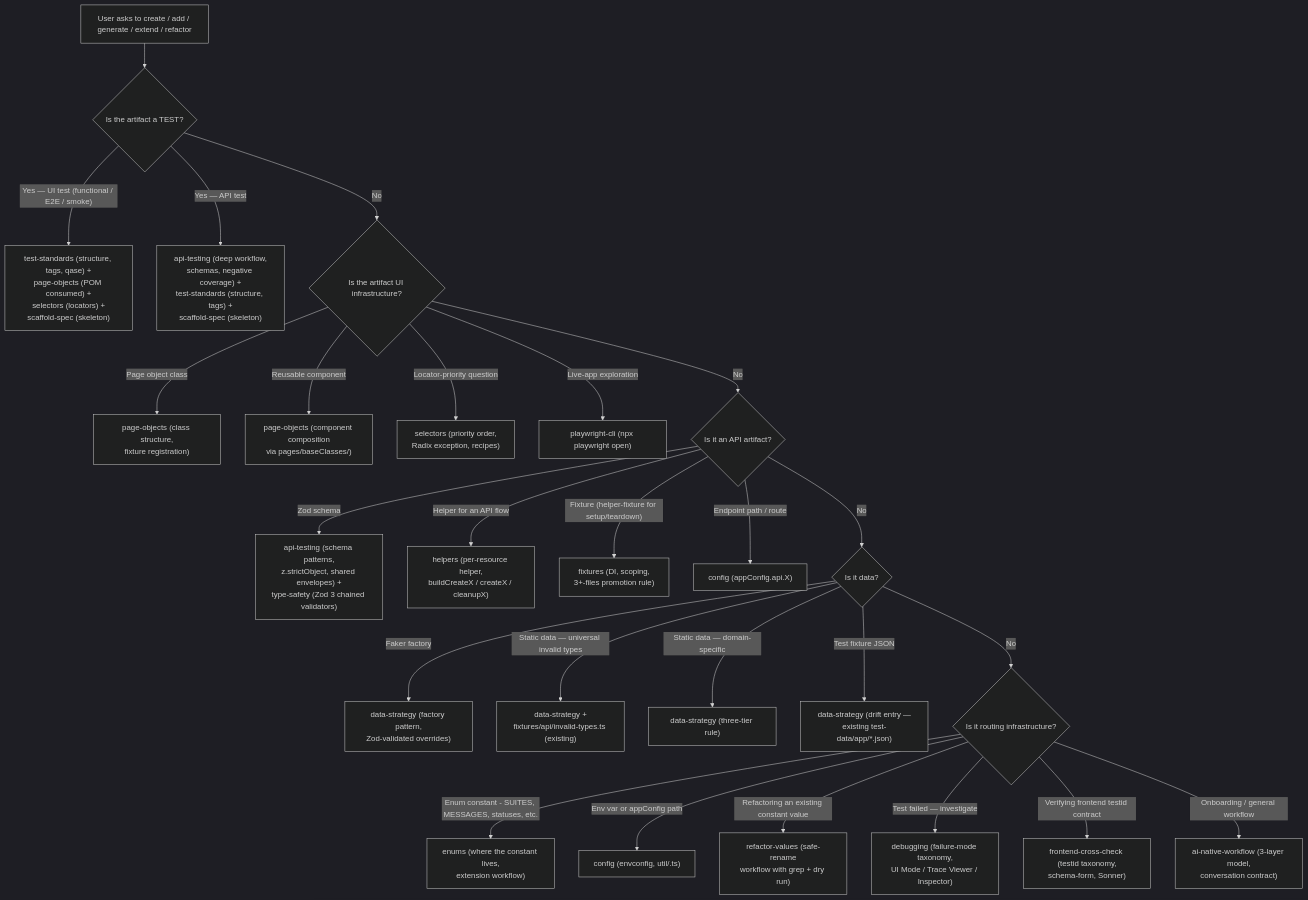
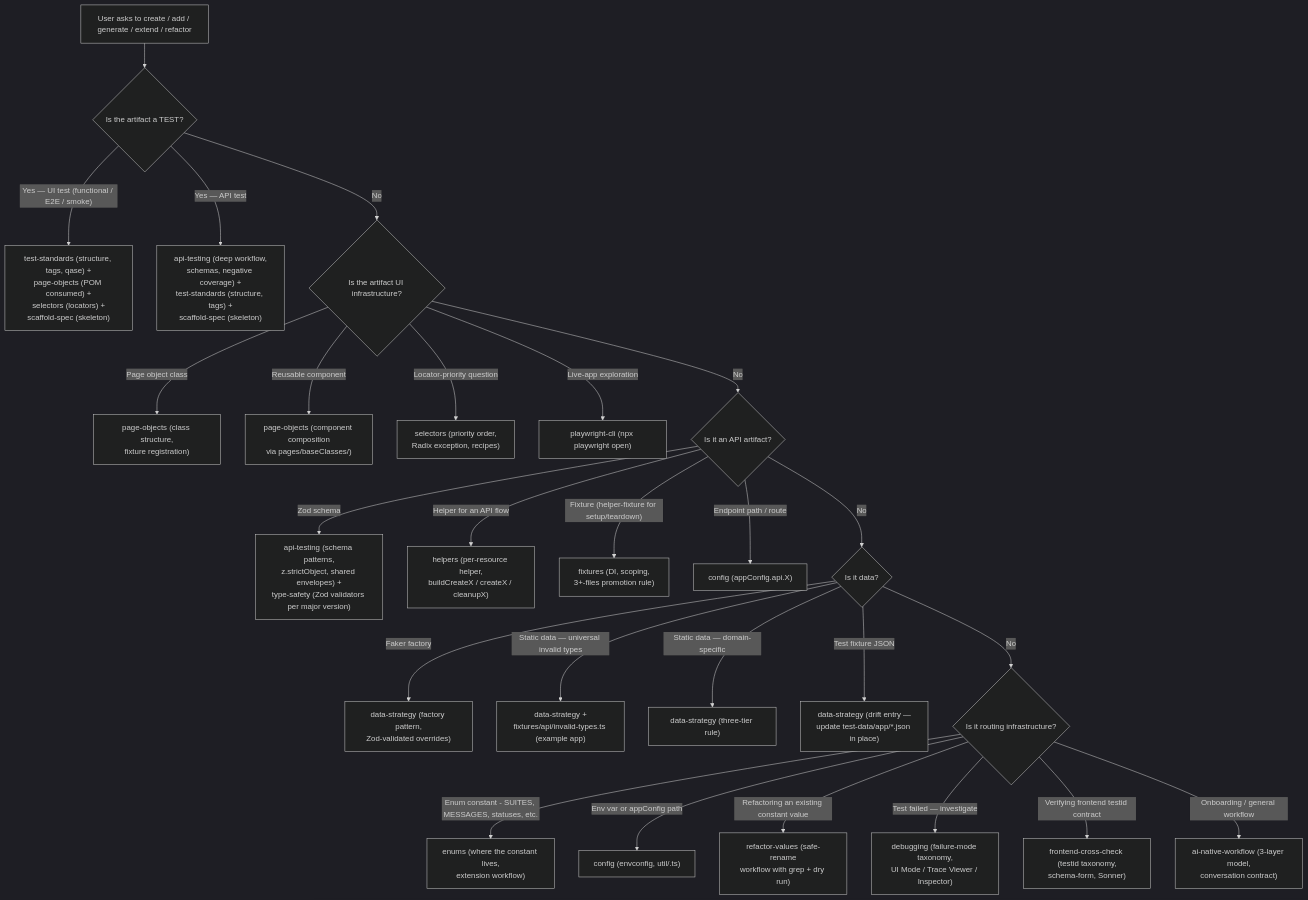
Before and after one commit to georgikazandzhiev-code/ai-native-qa-toolkit: the diagram in .claude/skills/common-tasks/SKILL.md, drawn with Mermaid (dark theme). The commit also changed other lines of this file and 38 other files, not shown here.

````diff
--- a/.claude/skills/common-tasks/SKILL.md
+++ b/.claude/skills/common-tasks/SKILL.md
@@ -43,32 +43,32 @@
 ```mermaid
 flowchart TD
     Start[User asks to create / add / generate / extend / refactor] --> Q1{Is the artifact a TEST?}
     Q1 -->|"Yes — UI test (functional / E2E / smoke)"| UITest["test-standards (structure, tags, qase) +<br/>page-objects (POM consumed) +<br/>selectors (locators) +<br/>scaffold-spec (skeleton)"]
     Q1 -->|"Yes — API test"| APITest["api-testing (deep workflow,<br/>schemas, negative coverage) +<br/>test-standards (structure, tags) +<br/>scaffold-spec (skeleton)"]
     Q1 -->|"No"| Q2{Is the artifact UI infrastructure?}
 
     Q2 -->|"Page object class"| POM["page-objects (class structure,<br/>fixture registration)"]
     Q2 -->|"Reusable component"| BaseClass["page-objects (component composition<br/>via pages/baseClasses/)"]
     Q2 -->|"Locator-priority question"| Selectors["selectors (priority order,<br/>Radix exception, recipes)"]
     Q2 -->|"Live-app exploration"| Explore["playwright-cli (npx playwright open)"]
     Q2 -->|"No"| Q3{Is it an API artifact?}
 
-    Q3 -->|"Zod schema"| Schema["api-testing (schema patterns,<br/>z.strictObject, shared envelopes) +<br/>type-safety (Zod 3 chained validators)"]
+    Q3 -->|"Zod schema"| Schema["api-testing (schema patterns,<br/>z.strictObject, shared envelopes) +<br/>type-safety (Zod validators per major version)"]
     Q3 -->|"Helper for an API flow"| Helper["helpers (per-resource helper,<br/>buildCreateX / createX / cleanupX)"]
     Q3 -->|"Fixture (helper-fixture for setup/teardown)"| Fixture["fixtures (DI, scoping,<br/>3+-files promotion rule)"]
     Q3 -->|"Endpoint path / route"| Config["config (appConfig.api.X)"]
     Q3 -->|"No"| Q4{Is it data?}
 
     Q4 -->|"Faker factory"| Factory["data-strategy (factory pattern,<br/>Zod-validated overrides)"]
-    Q4 -->|"Static data — universal invalid types"| Universal["data-strategy +<br/>fixtures/api/invalid-types.ts (existing)"]
+    Q4 -->|"Static data — universal invalid types"| Universal["data-strategy +<br/>fixtures/api/invalid-types.ts (example app)"]
     Q4 -->|"Static data — domain-specific"| Domain["data-strategy (three-tier rule)"]
-    Q4 -->|"Test fixture JSON"| LegacyJson["data-strategy (drift entry —<br/>existing test-data/app/*.json)"]
+    Q4 -->|"Test fixture JSON"| LegacyJson["data-strategy (drift entry —<br/>update test-data/app/*.json in place)"]
     Q4 -->|"No"| Q5{Is it routing infrastructure?}
 
     Q5 -->|"Enum constant - SUITES, MESSAGES, statuses, etc."| Enums["enums (where the constant lives,<br/>extension workflow)"]
     Q5 -->|"Env var or appConfig path"| ConfigSkill["config (envconfig, util/<service>.ts)"]
     Q5 -->|"Refactoring an existing constant value"| Refactor["refactor-values (safe-rename<br/>workflow with grep + dry run)"]
     Q5 -->|"Test failed — investigate"| Debug["debugging (failure-mode taxonomy,<br/>UI Mode / Trace Viewer / Inspector)"]
     Q5 -->|"Verifying frontend testid contract"| FECheck["frontend-cross-check (testid taxonomy,<br/>schema-form, Sonner)"]
     Q5 -->|"Onboarding / general workflow"| Onboard["ai-native-workflow (3-layer model,<br/>conversation contract)"]
 ```
````
